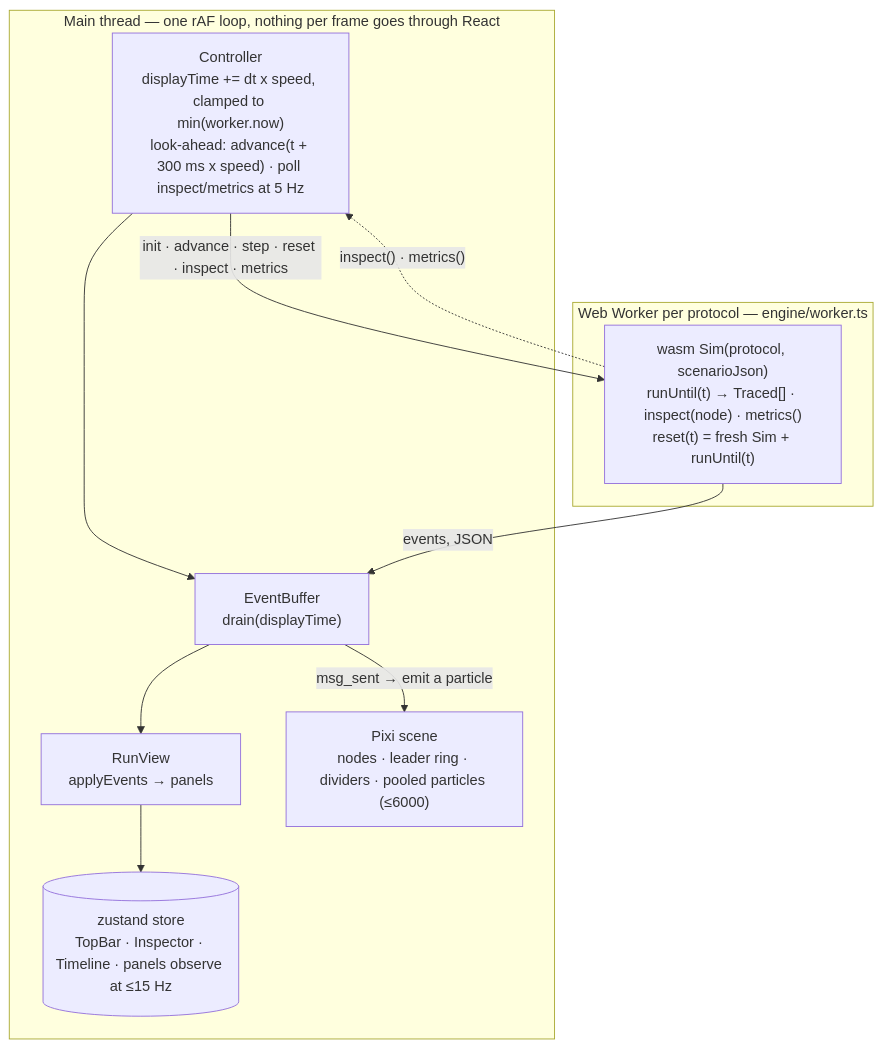
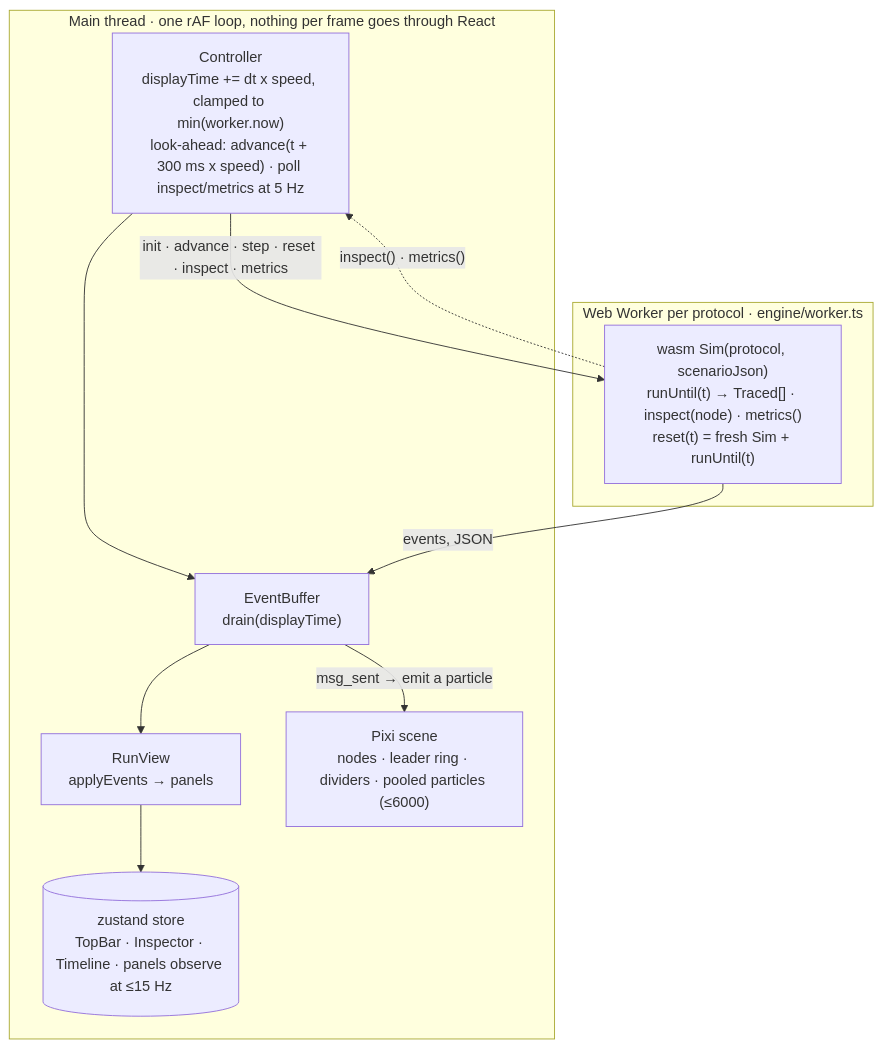
The diagram in web/README.md (AkashJana18/solana-consensus-lab), drawn with Mermaid before and after one commit. The commit also changed other lines of this file and 5 other files, not shown here.

````diff
--- a/web/README.md
+++ b/web/README.md
@@ -64,20 +64,20 @@
 ```mermaid
 flowchart TB
-    subgraph MT["Main thread — one rAF loop, nothing per frame goes through React"]
+    subgraph MT["Main thread · one rAF loop, nothing per frame goes through React"]
         CTRL["Controller<br/>displayTime += dt x speed, clamped to min(worker.now)<br/>look-ahead: advance(t + 300 ms x speed) · poll inspect/metrics at 5 Hz"]
         BUF["EventBuffer<br/>drain(displayTime)"]
         VIEW["RunView<br/>applyEvents → panels"]
         SCENE["Pixi scene<br/>nodes · leader ring · dividers · pooled particles (≤6000)"]
         STORE[("zustand store<br/>TopBar · Inspector · Timeline · panels observe at ≤15 Hz")]
     end
-    subgraph W["Web Worker per protocol — engine/worker.ts"]
+    subgraph W["Web Worker per protocol · engine/worker.ts"]
         WASM["wasm Sim(protocol, scenarioJson)<br/>runUntil(t) → Traced[] · inspect(node) · metrics()<br/>reset(t) = fresh Sim + runUntil(t)"]
     end
     CTRL --> BUF
     BUF --> VIEW
     VIEW --> STORE
     BUF -->|"msg_sent → emit a particle"| SCENE
     CTRL -->|"init · advance · step · reset · inspect · metrics"| WASM
     WASM -->|"events, JSON"| BUF
     WASM -.->|"inspect() · metrics()"| CTRL
 ```
````
